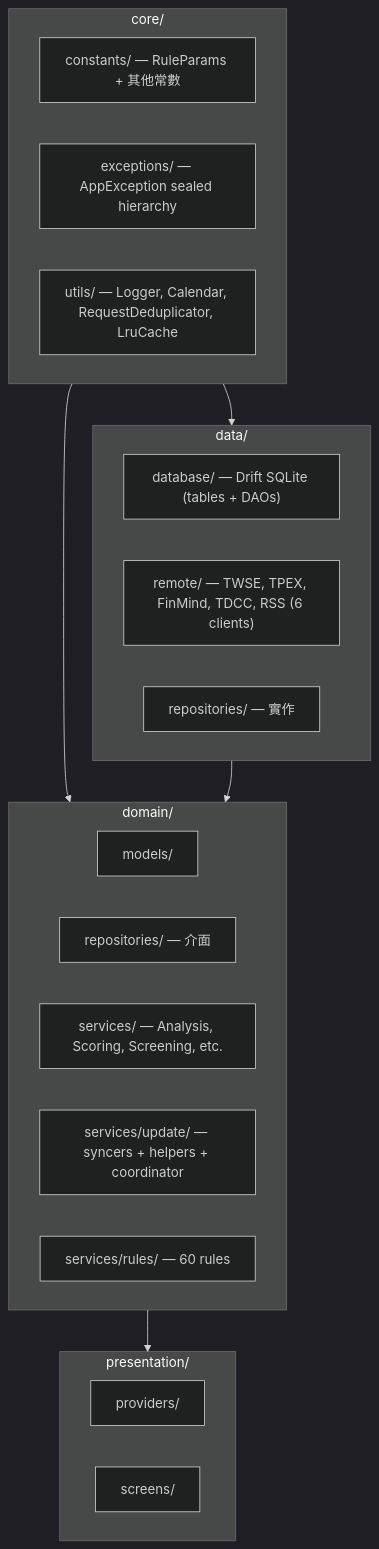
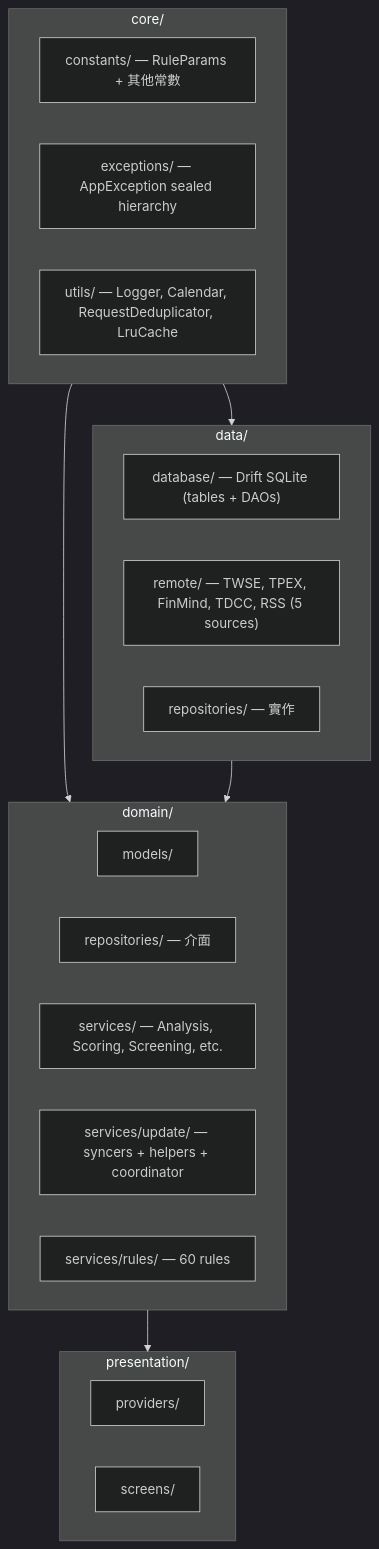
Before and after one commit to Neal75418/afterclose: the first of 2 diagrams in .claude/rules/architecture.md, drawn with Mermaid. The commit also changed 1 other file, not shown here.

Commit message:
docs: 修正規則數 60→64、資料源 6→5（逐條/逐檔驗證）
親自讀 rule_registry.dart 的 defaultRules list 逐條數 = 64 條規則（非 60）：
- CLAUDE.md「60 條規則」×3 → 64
- architecture.md「(6 clients)」→「(5 sources)」（實際列 5 個資料源；4 client +
  RSS parser，'sources' 較精確）

⚠️ 同一事實在 rule_params.dart（註解 60 + maxReasonsPerStock=60<64）與
RULE_ENGINE.md（62）也 stale，待另行處理（含 maxReasons 是否上修）。

````diff
--- a/.claude/rules/architecture.md
+++ b/.claude/rules/architecture.md
@@ -11,33 +11,33 @@
 ```mermaid
 %%{init: {'theme': 'dark'}}%%
 flowchart TB
     subgraph Core["core/"]
         Constants["constants/ — RuleParams + 其他常數"]
         Exceptions["exceptions/ — AppException sealed hierarchy"]
         Utils["utils/ — Logger, Calendar, RequestDeduplicator, LruCache"]
     end
 
     subgraph Data["data/"]
         Database["database/ — Drift SQLite (tables + DAOs)"]
-        Remote["remote/ — TWSE, TPEX, FinMind, TDCC, RSS (6 clients)"]
+        Remote["remote/ — TWSE, TPEX, FinMind, TDCC, RSS (5 sources)"]
         Repos["repositories/ — 實作"]
     end
 
     subgraph Domain["domain/"]
         Models["models/"]
         RepoIF["repositories/ — 介面"]
         Services["services/ — Analysis, Scoring, Screening, etc."]
         Update["services/update/ — syncers + helpers + coordinator"]
         Rules["services/rules/ — 60 rules"]
     end
 
     subgraph Presentation["presentation/"]
         Providers["providers/"]
         Screens["screens/"]
     end
 
     Core --> Data
     Core --> Domain
     Data --> Domain
     Domain --> Presentation
 ```
````
